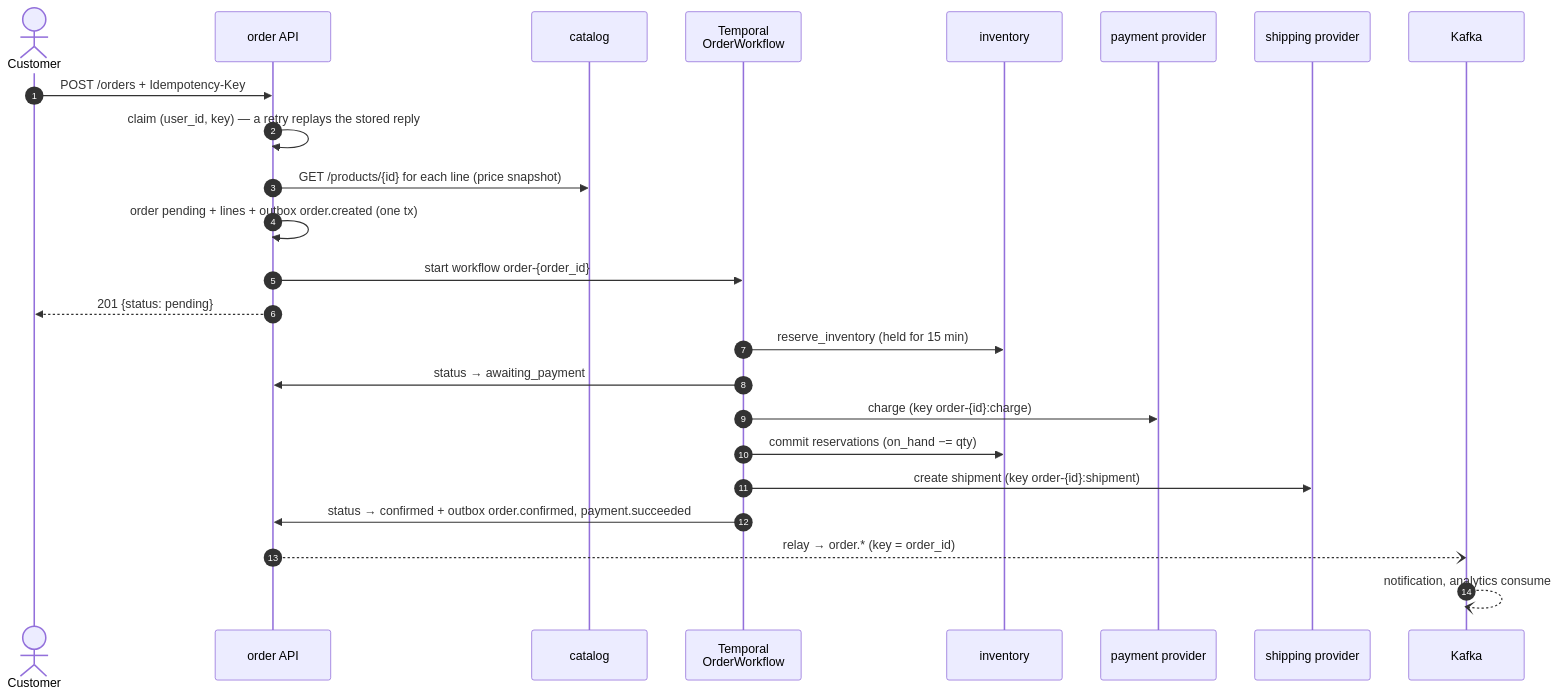
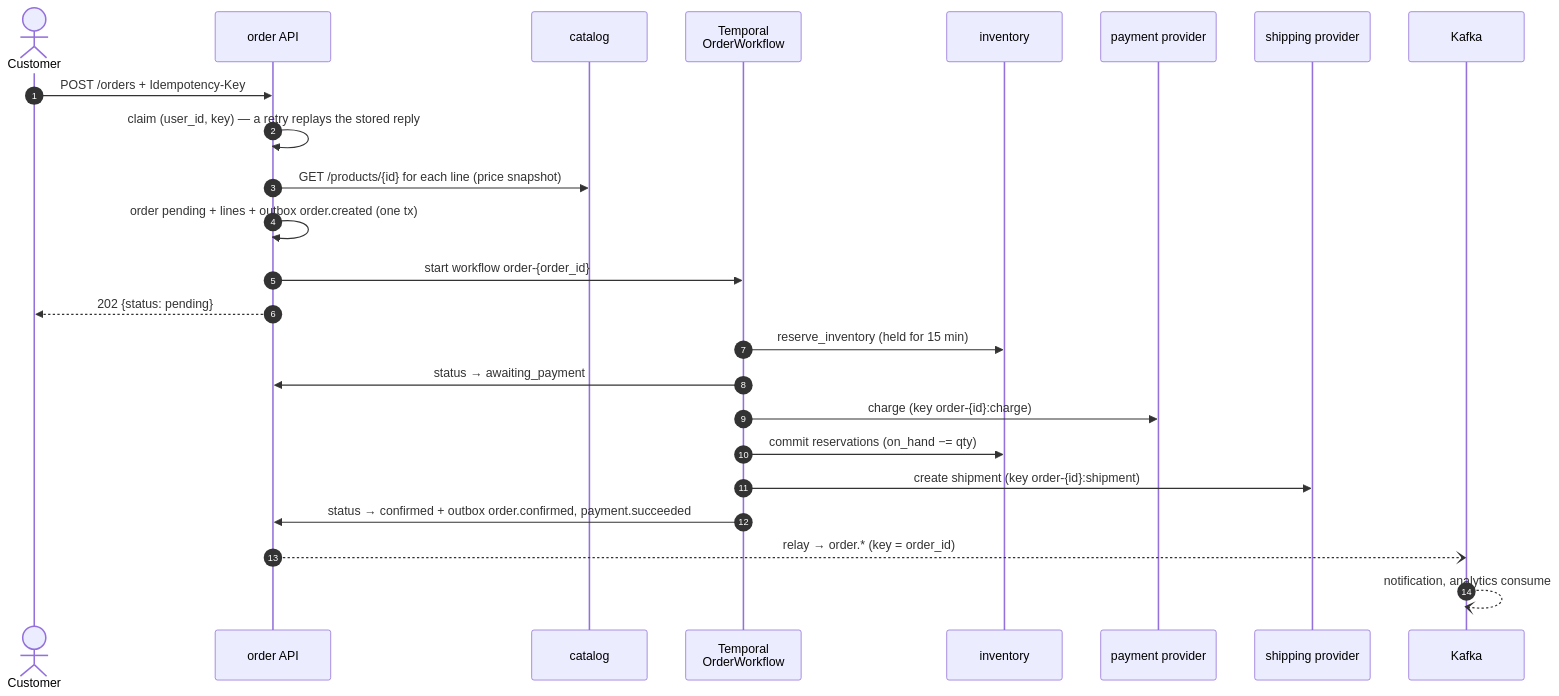
The sixth of 9 diagrams in docs/business-flows.md (AdnanBloch/Smart-Retail), drawn with Mermaid before and after one commit. The commit also changed 9 other files, not shown here.

````diff
--- a/docs/business-flows.md
+++ b/docs/business-flows.md
@@ -213,26 +213,26 @@
 ```mermaid
 sequenceDiagram
     autonumber
     actor C as Customer
     participant ORD as order API
     participant CAT as catalog
     participant T as Temporal<br/>OrderWorkflow
     participant INV as inventory
     participant PAY as payment provider
     participant SHP as shipping provider
     participant K as Kafka
     C->>ORD: POST /orders + Idempotency-Key
     ORD->>ORD: claim (user_id, key) — a retry replays the stored reply
     ORD->>CAT: GET /products/{id} for each line (price snapshot)
     ORD->>ORD: order pending + lines + outbox order.created (one tx)
     ORD->>T: start workflow order-{order_id}
-    ORD-->>C: 201 {status: pending}
+    ORD-->>C: 202 {status: pending}
     T->>INV: reserve_inventory (held for 15 min)
     T->>ORD: status → awaiting_payment
     T->>PAY: charge (key order-{id}:charge)
     T->>INV: commit reservations (on_hand −= qty)
     T->>SHP: create shipment (key order-{id}:shipment)
     T->>ORD: status → confirmed + outbox order.confirmed, payment.succeeded
     ORD--)K: relay → order.* (key = order_id)
     K--)K: notification, analytics consume
 ```
````
